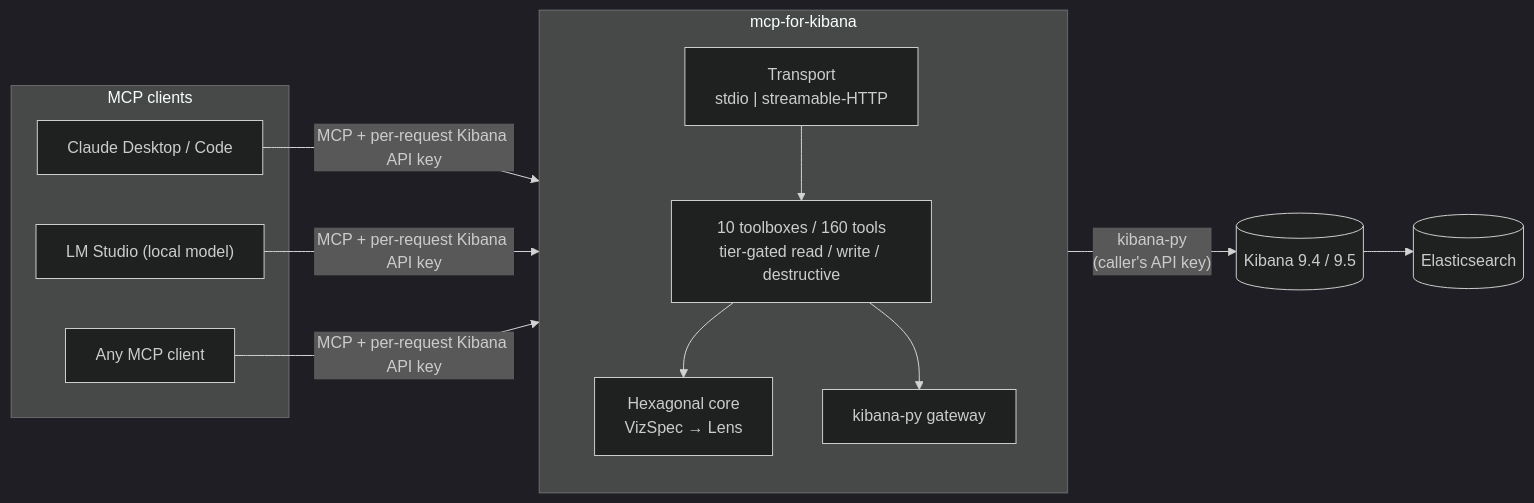
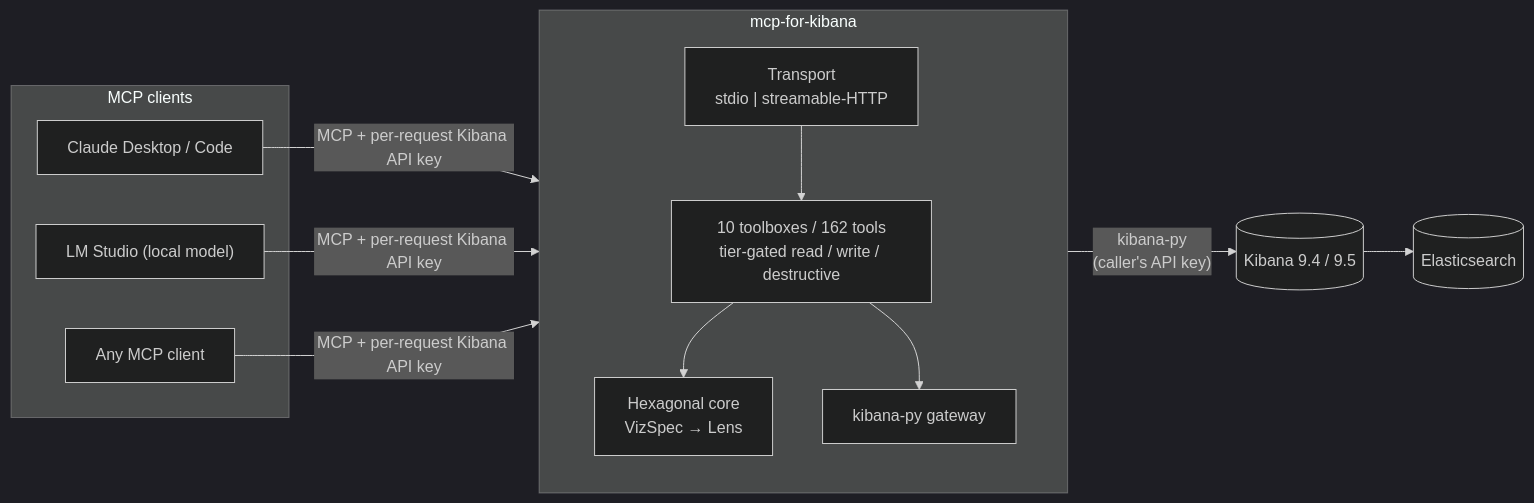
The first of 4 diagrams in docs/architecture.md (pedro-angel/mcp-for-kibana), drawn with Mermaid (dark theme) before and after one commit. The commit also changed other lines of this file and 22 other files, not shown here.

````diff
--- a/docs/architecture.md
+++ b/docs/architecture.md
@@ -14,23 +14,23 @@
 ```mermaid
 flowchart LR
     subgraph clients["MCP clients"]
         Claude["Claude Desktop / Code"]
         LMS["LM Studio (local model)"]
         Other["Any MCP client"]
     end
     subgraph server["mcp-for-kibana"]
         direction TB
         Transport["Transport<br/>stdio | streamable-HTTP"]
-        Toolboxes["10 toolboxes / 160 tools<br/>tier-gated read / write / destructive"]
+        Toolboxes["10 toolboxes / 162 tools<br/>tier-gated read / write / destructive"]
         Core["Hexagonal core<br/>VizSpec → Lens"]
         Gateway["kibana-py gateway"]
         Transport --> Toolboxes --> Core
         Toolboxes --> Gateway
     end
     ES[("Elasticsearch")]
     Kibana[("Kibana 9.4 / 9.5")]
 
     Claude & LMS & Other -->|"MCP + per-request Kibana API key"| Transport
     Gateway -->|"kibana-py<br/>(caller's API key)"| Kibana
     Kibana --> ES
 ```
````
